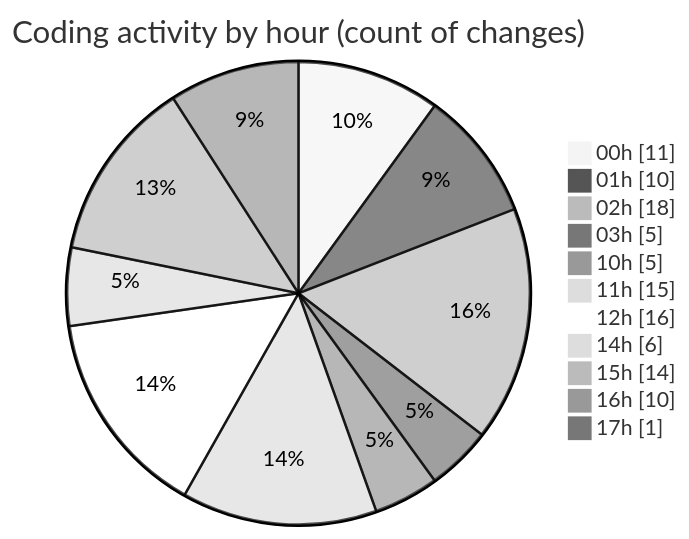
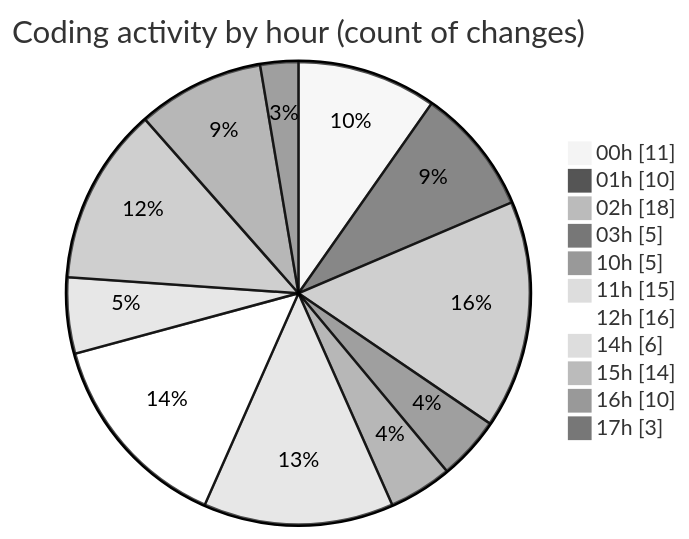
The second of 2 diagrams in 2025-11-02/cdp_aleoudev_fr__workspace_/README.md (julien-gomy/code-tracking), drawn with Mermaid (neutral theme) before and after one commit. The commit also changed other lines of this file and 1 other file, not shown here.

````diff
--- a/2025-11-02/cdp_aleoudev_fr__workspace_/README.md
+++ b/2025-11-02/cdp_aleoudev_fr__workspace_/README.md
@@ -39,15 +39,15 @@
 ```mermaid
 pie showData
 title Coding activity by hour (count of changes)
 "00h" : 11
 "01h" : 10
 "02h" : 18
 "03h" : 5
 "10h" : 5
 "11h" : 15
 "12h" : 16
 "14h" : 6
 "15h" : 14
 "16h" : 10
-"17h" : 1
+"17h" : 3
 ```
````
